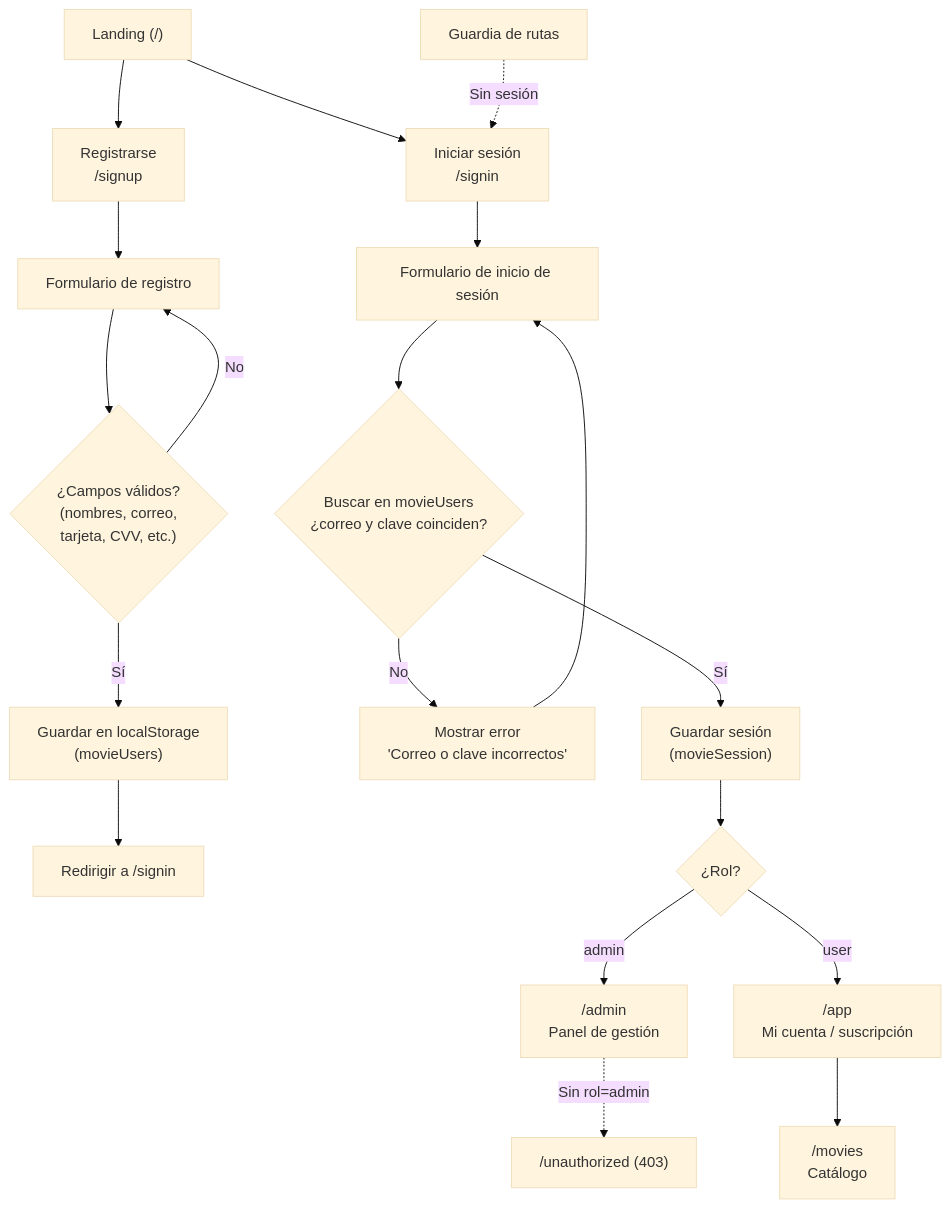
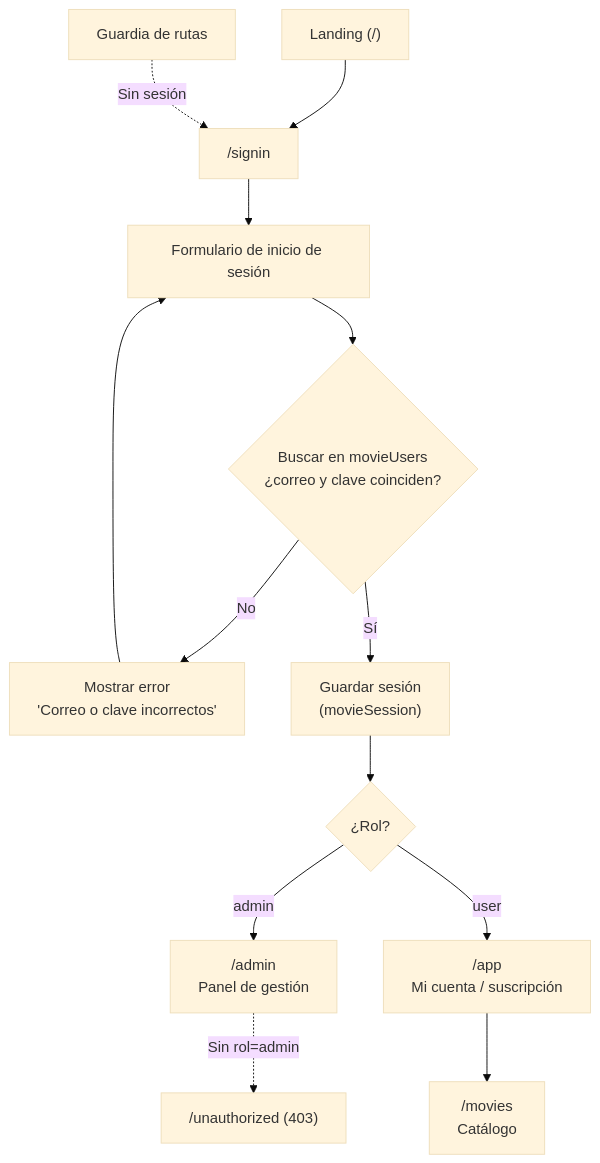
Before and after one commit to brigitterodriguezp/movs-app: the second of 2 diagrams in README.md, drawn with Mermaid (base theme). The commit also changed other lines of this file, not shown here.

Commit message:
se corrige navbar

````diff
--- a/README.md
+++ b/README.md
@@ -94,24 +108,16 @@
 ```mermaid
 flowchart TD
-    A["Landing (/)"] --> B["Registrarse<br/>/signup"]
-    A --> C["Iniciar sesión<br/>/signin"]
+    A["Landing (/)"] --> B["/signin"]
+    B --> C["Formulario de inicio de sesión"]
+    C --> D{"Buscar en movieUsers<br/>¿correo y clave coinciden?"}
+    D -->|"No"| E["Mostrar error<br/>'Correo o clave incorrectos'"]
+    E --> C
+    D -->|"Sí"| F["Guardar sesión<br/>(movieSession)"]
+    F --> G{"¿Rol?"}
+    G -->|"admin"| H["/admin<br/>Panel de gestión"]
+    G -->|"user"| I["/app<br/>Mi cuenta / suscripción"]
+    I --> J["/movies<br/>Catálogo"]
 
-    B --> D["Formulario de registro"]
-    D --> E{"¿Campos válidos?<br/>(nombres, correo,<br/>tarjeta, CVV, etc.)"}
-    E -->|"No"| D
-    E -->|"Sí"| F["Guardar en localStorage<br/>(movieUsers)"]
-    F --> G["Redirigir a /signin"]
-
-    C --> H["Formulario de inicio de sesión"]
-    H --> I{"Buscar en movieUsers<br/>¿correo y clave coinciden?"}
-    I -->|"No"| J["Mostrar error<br/>'Correo o clave incorrectos'"]
-    J --> H
-    I -->|"Sí"| K["Guardar sesión<br/>(movieSession)"]
-    K --> L{"¿Rol?"}
-    L -->|"admin"| M["/admin<br/>Panel de gestión"]
-    L -->|"user"| N["/app<br/>Mi cuenta / suscripción"]
-    N --> O["/movies<br/>Catálogo"]
-
-    P["Guardia de rutas"] -.->|"Sin sesión"| C
-    M -.->|"Sin rol=admin"| Q["/unauthorized (403)"]
+    K["Guardia de rutas"] -.->|"Sin sesión"| B
+    H -.->|"Sin rol=admin"| L["/unauthorized (403)"]
 ```
````
